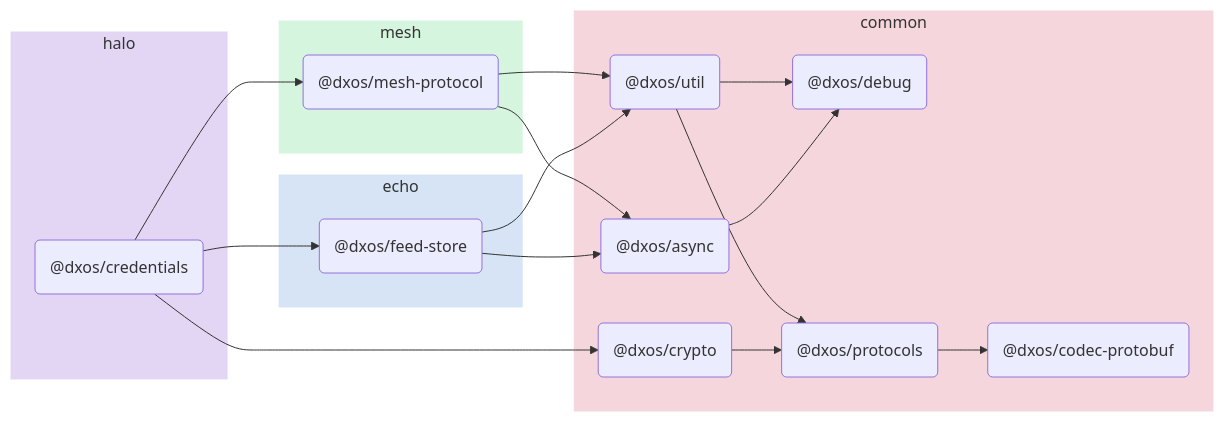
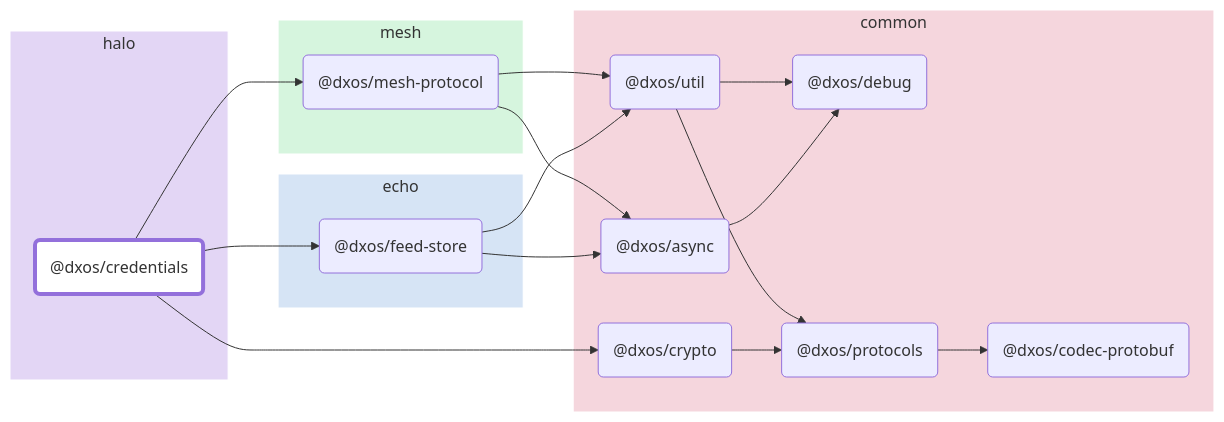
One commit to dxos/dxos changed the diagram in packages/halo/credentials/docs/README.md. Above: the diagram before and after it, drawn with Mermaid. The commit also changed other lines of this file and 88 other files, not shown here.

````diff
--- a/packages/halo/credentials/docs/README.md
+++ b/packages/halo/credentials/docs/README.md
@@ -5,41 +7,52 @@
 ```mermaid
 flowchart LR;
+
+style dxos/credentials fill:#fff,stroke-width:4px;
+
+click dxos/async "https:/github.com/dxos/dxos/tree/main/packages/common/async/docs";
+click dxos/debug "https:/github.com/dxos/dxos/tree/main/packages/common/debug/docs";
+click dxos/codec-protobuf "https:/github.com/dxos/dxos/tree/main/packages/common/codec-protobuf/docs";
+click dxos/crypto "https:/github.com/dxos/dxos/tree/main/packages/common/crypto/docs";
+click dxos/protocols "https:/github.com/dxos/dxos/tree/main/packages/common/protocols/docs";
+click dxos/feed-store "https:/github.com/dxos/dxos/tree/main/packages/echo/feed-store/docs";
+click dxos/util "https:/github.com/dxos/dxos/tree/main/packages/common/util/docs";
+click dxos/mesh-protocol "https:/github.com/dxos/dxos/tree/main/packages/mesh/mesh-protocol/docs";
 
 subgraph halo
   style halo fill:#e3d6f5,stroke:#fff;
   dxos/credentials("@dxos/credentials");
 end
 
 subgraph common
   style common fill:#f5d6dd,stroke:#fff;
   dxos/async("@dxos/async");
   dxos/debug("@dxos/debug");
   dxos/codec-protobuf("@dxos/codec-protobuf");
   dxos/crypto("@dxos/crypto");
   dxos/protocols("@dxos/protocols");
   dxos/util("@dxos/util");
 end
 
 subgraph echo
   style echo fill:#d6e4f5,stroke:#fff;
   dxos/feed-store("@dxos/feed-store");
 end
 
 subgraph mesh
   style mesh fill:#d6f5de,stroke:#fff;
   dxos/mesh-protocol("@dxos/mesh-protocol");
 end
 
 dxos/async --> dxos/debug;
 dxos/credentials --> dxos/crypto;
 dxos/crypto --> dxos/protocols;
 dxos/protocols --> dxos/codec-protobuf;
 dxos/credentials --> dxos/feed-store;
 dxos/feed-store --> dxos/async;
 dxos/feed-store --> dxos/util;
 dxos/util --> dxos/debug;
 dxos/util --> dxos/protocols;
 dxos/credentials --> dxos/mesh-protocol;
 dxos/mesh-protocol --> dxos/async;
 dxos/mesh-protocol --> dxos/util;
 ```
````
